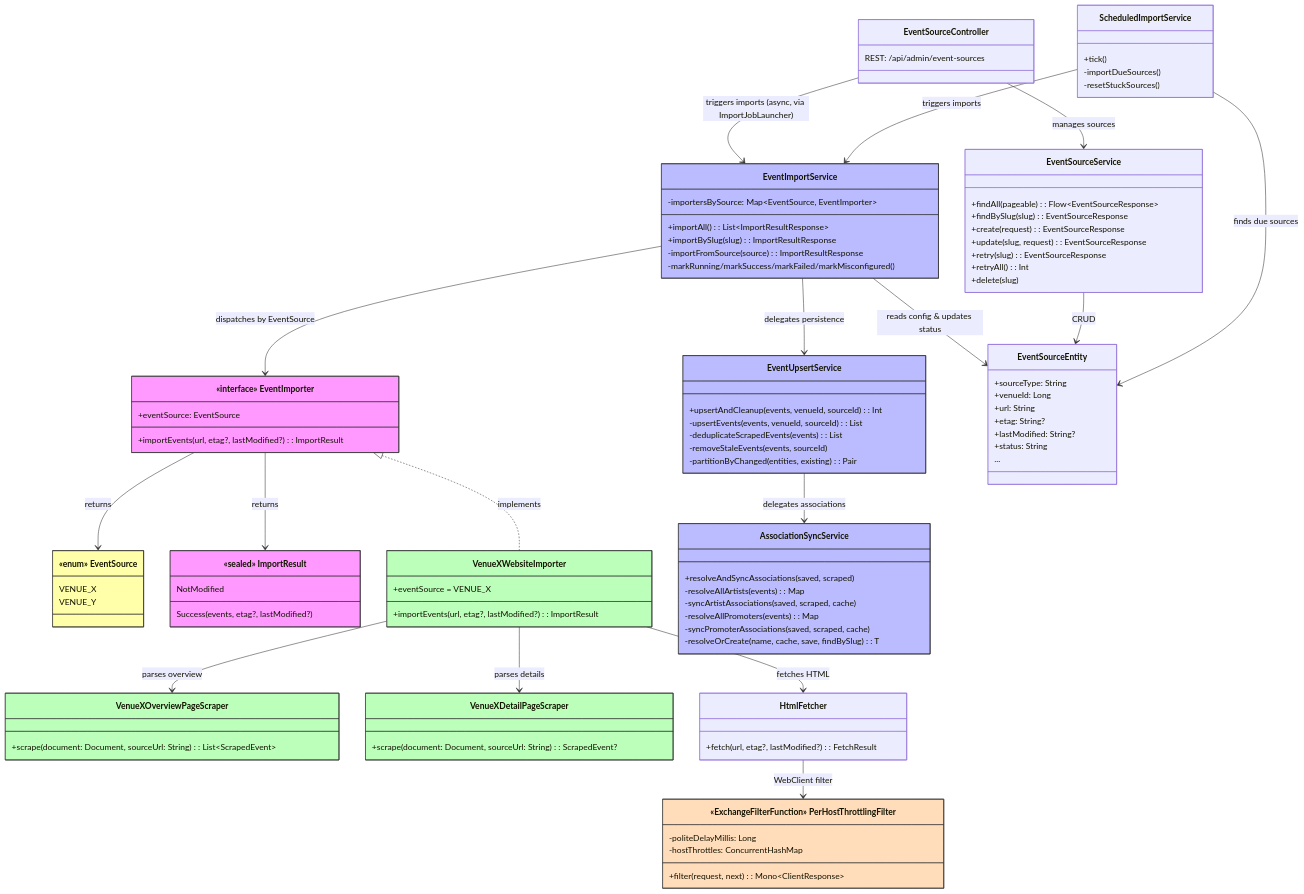
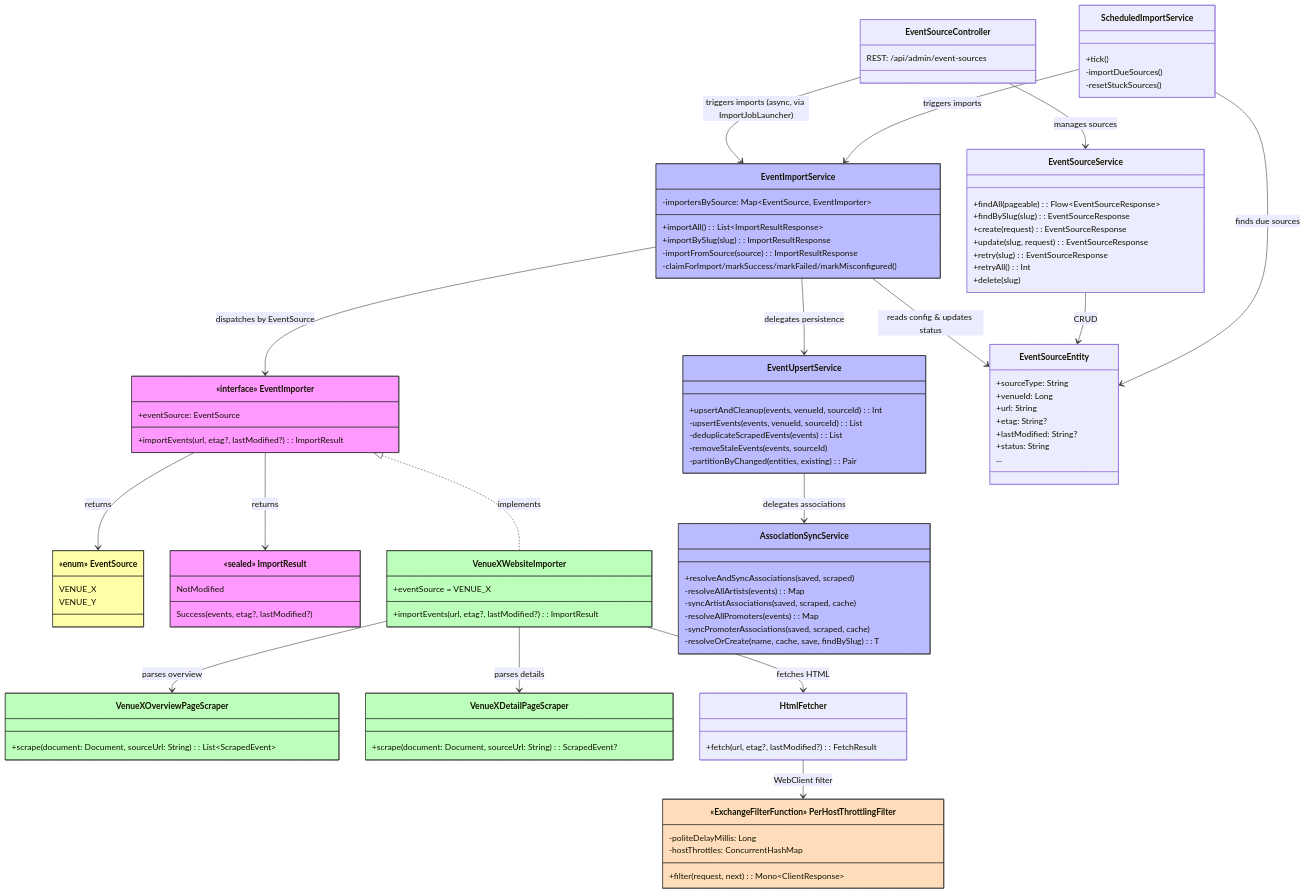
The diagram in docs/adr/ADR-007_WEB_SCRAPING_STRATEGY.md (enorm-labs/event-checker), drawn with Mermaid before and after one commit. The commit also changed 6 other files, not shown here.

```diff
--- a/docs/adr/ADR-007_WEB_SCRAPING_STRATEGY.md
+++ b/docs/adr/ADR-007_WEB_SCRAPING_STRATEGY.md
@@ -136,7 +136,7 @@
         +importAll(): List~ImportResultResponse~
         +importBySlug(slug): ImportResultResponse
         -importFromSource(source): ImportResultResponse
-        -markRunning/markSuccess/markFailed/markMisconfigured()
+        -claimForImport/markSuccess/markFailed/markMisconfigured()
     }
 
     class EventUpsertService {
```
